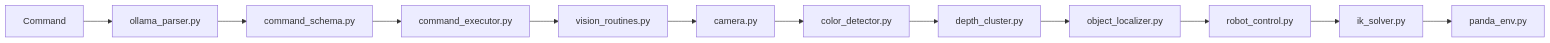
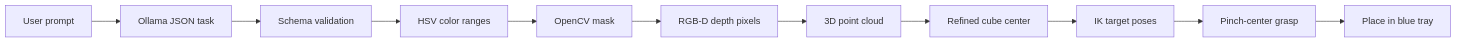
Before and after one commit to Sourabhvk/VLA-Lite-Vision-Language-Guided-Robot-Manipulation-in-Simulation: the diagram in README.md, drawn with Mermaid. The commit also changed other lines of this file and 7 other files, not shown here.

````diff
--- a/README.md
+++ b/README.md
@@ -121,14 +59,13 @@
 ```mermaid
 flowchart LR
-    A["Command"] --> B["ollama_parser.py"]
-    B --> C["command_schema.py"]
-    C --> D["command_executor.py"]
-    D --> E["vision_routines.py"]
-    E --> F["camera.py"]
-    F --> G["color_detector.py"]
-    G --> H["depth_cluster.py"]
-    H --> I["object_localizer.py"]
-    I --> J["robot_control.py"]
-    J --> K["ik_solver.py"]
-    K --> L["panda_env.py"]
+    U["User prompt"] --> O["Ollama JSON task"]
+    O --> V["Schema validation"]
+    V --> C["HSV color ranges"]
+    C --> M["OpenCV mask"]
+    M --> D["RGB-D depth pixels"]
+    D --> P["3D point cloud"]
+    P --> R["Refined cube center"]
+    R --> I["IK target poses"]
+    I --> G["Pinch-center grasp"]
+    G --> T["Place in blue tray"]
 ```
````
